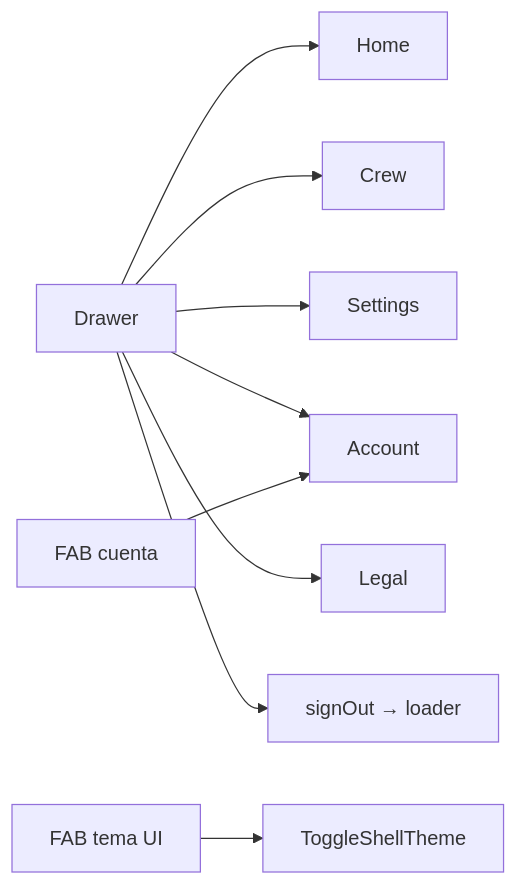
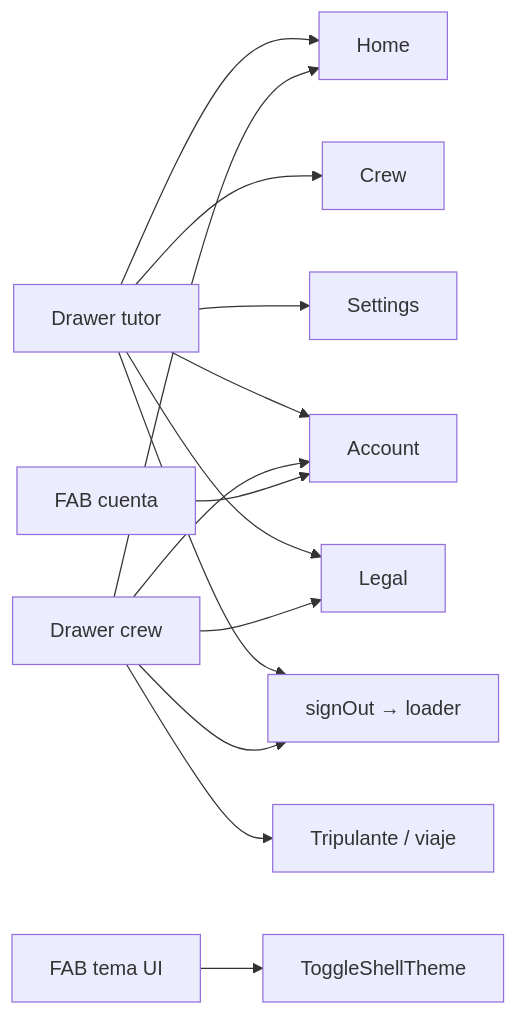
Before and after one commit to KuiperBelt-PRO/kidepik: the second of 2 diagrams in .cursor/diagrams/10-parent-surfaces.md, drawn with Mermaid. The commit also changed other lines of this file and 85 other files, not shown here.

First line of the commit message:
add crew member accounts and developer debug for crew

````diff
--- a/.cursor/diagrams/10-parent-surfaces.md
+++ b/.cursor/diagrams/10-parent-surfaces.md
@@ -36,11 +39,16 @@
 ```mermaid
 flowchart LR
-  Drawer --> Home
-  Drawer --> Crew
-  Drawer --> Settings
-  Drawer --> Account
-  Drawer --> Legal
-  Drawer --> Logout[signOut → loader]
+  DrawerTutor[Drawer tutor] --> Home
+  DrawerTutor --> Crew
+  DrawerTutor --> Settings
+  DrawerTutor --> Account
+  DrawerTutor --> Legal
+  DrawerTutor --> Logout[signOut → loader]
+  DrawerCrew[Drawer crew] --> Home
+  DrawerCrew --> Member[Tripulante / viaje]
+  DrawerCrew --> Account
+  DrawerCrew --> Legal
+  DrawerCrew --> Logout
   FAB_Account[FAB cuenta] --> Account
   FAB_Theme[FAB tema UI] --> ToggleShellTheme
 ```
````
